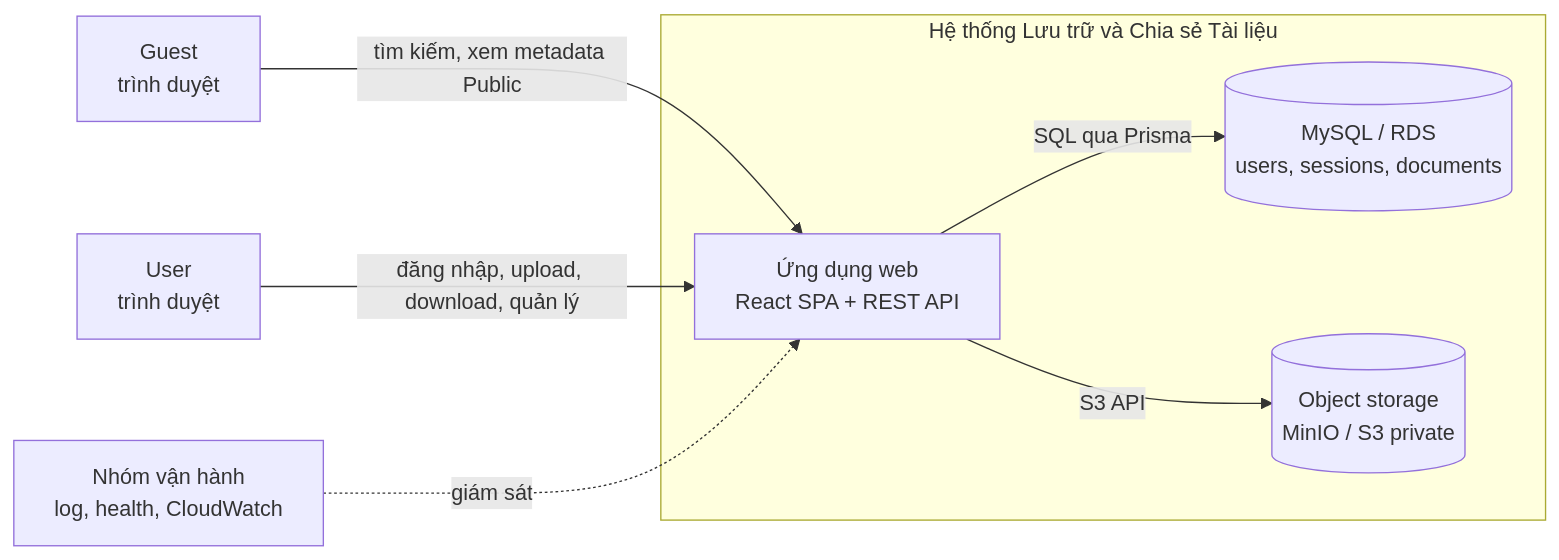
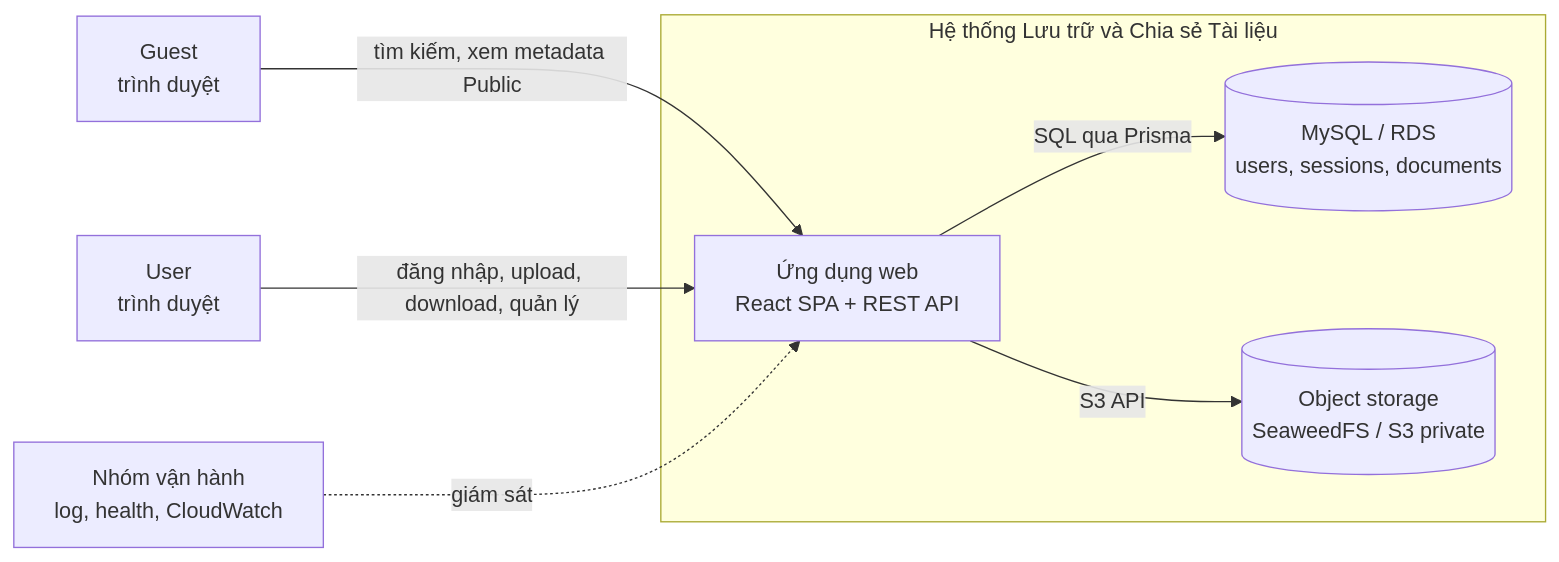
One commit to august0362/btl_cloud changed the third of 38 diagrams in docs/ARCHITECTURE.md. Above: the diagram before and after it, drawn with Mermaid. The commit also changed other lines of this file and 72 other files, not shown here.

````diff
--- a/docs/ARCHITECTURE.md
+++ b/docs/ARCHITECTURE.md
@@ -136,16 +142,16 @@
 ```mermaid
 flowchart LR
   guest["Guest<br/>trình duyệt"]
   user["User<br/>trình duyệt"]
   subgraph sys["Hệ thống Lưu trữ và Chia sẻ Tài liệu"]
     app["Ứng dụng web<br/>React SPA + REST API"]
     db[("MySQL / RDS<br/>users, sessions, documents")]
-    obj[("Object storage<br/>MinIO / S3 private")]
+    obj[("Object storage<br/>SeaweedFS / S3 private")]
   end
   ops["Nhóm vận hành<br/>log, health, CloudWatch"]
   guest -->|"tìm kiếm, xem metadata Public"| app
   user -->|"đăng nhập, upload, download, quản lý"| app
   app -->|"SQL qua Prisma"| db
   app -->|"S3 API"| obj
   ops -.->|"giám sát"| app
 ```
````
